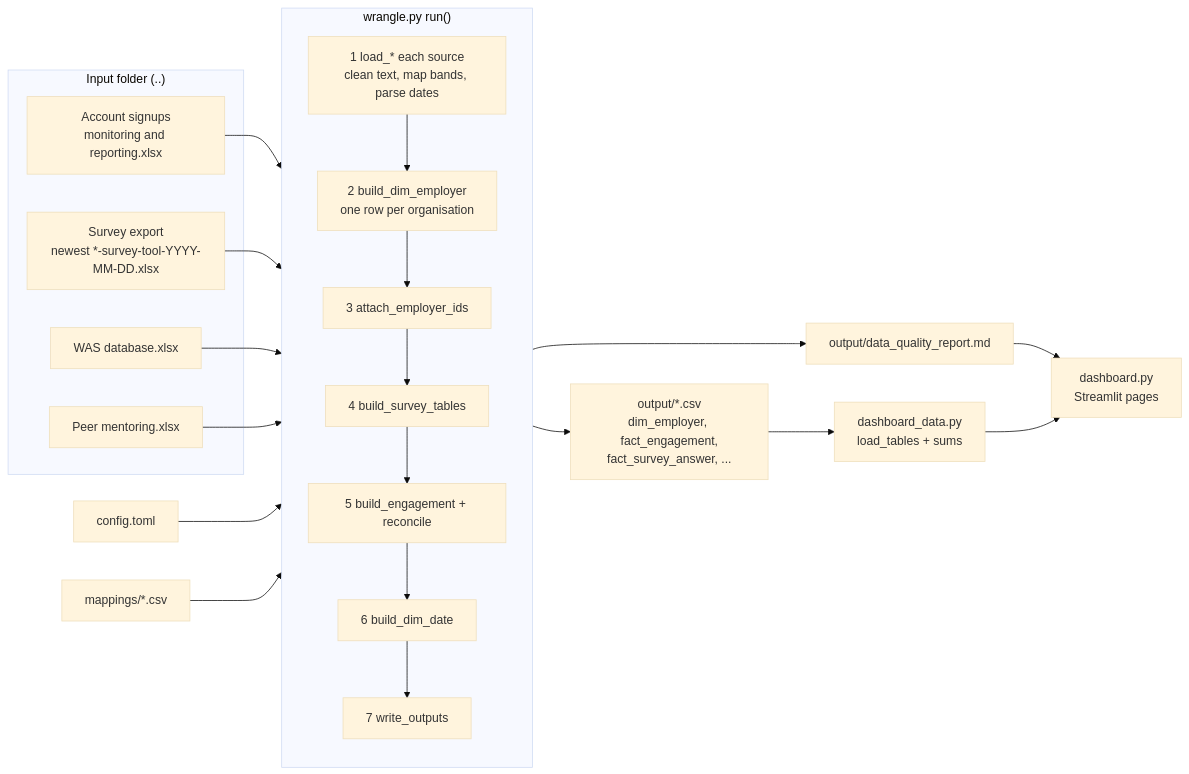
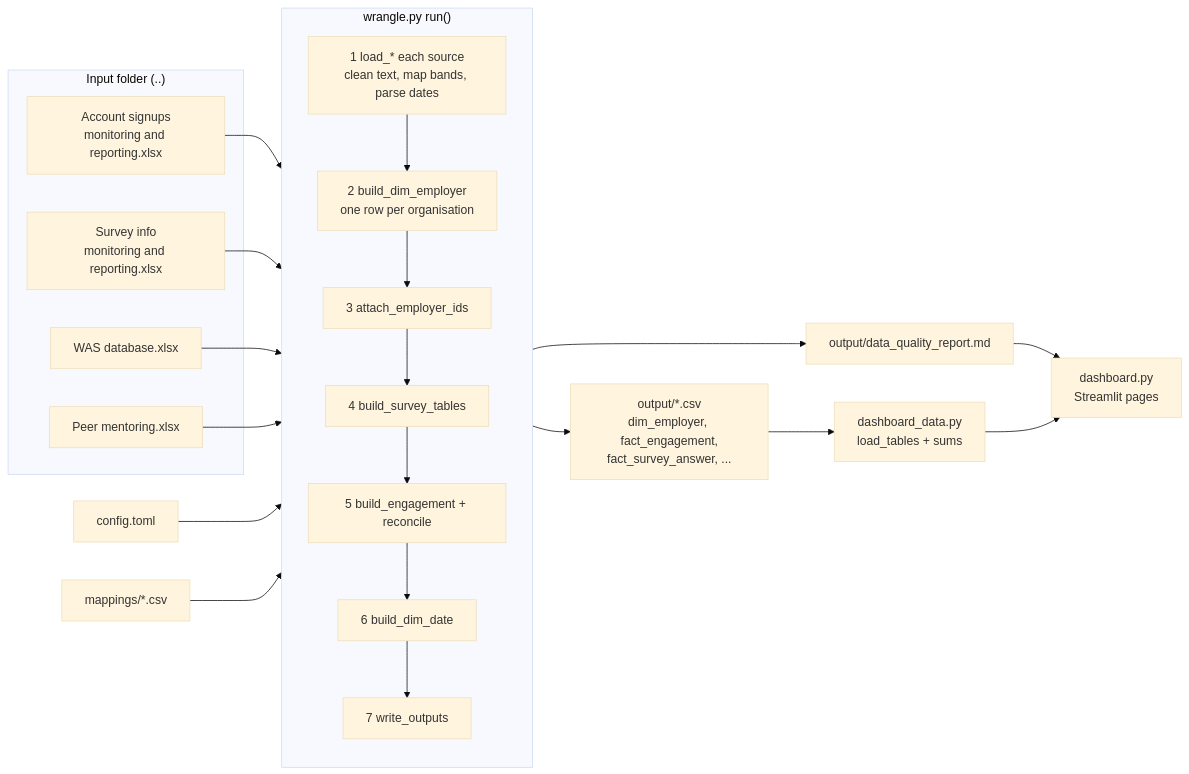
Before and after one commit to leteverypansybloom/hww_dashboard_poc: the first of 2 diagrams in docs/pipeline_guide.md, drawn with Mermaid (base theme). The commit also changed other lines of this file and 37 other files, not shown here.

First line of the commit message:
Read survey responses from the Survey info tab

````diff
--- a/docs/pipeline_guide.md
+++ b/docs/pipeline_guide.md
@@ -139,31 +139,31 @@
 ```mermaid
 flowchart LR
     subgraph IN["Input folder (..)"]
         SU["Account signups<br/>monitoring and reporting.xlsx"]
-        SV["Survey export<br/>newest *-survey-tool-YYYY-MM-DD.xlsx"]
+        SV["Survey info<br/>monitoring and reporting.xlsx"]
         WA["WAS database.xlsx"]
         PE["Peer mentoring.xlsx"]
     end
     CFG["config.toml"] --> RUN
     MAP["mappings/*.csv"] --> RUN
     subgraph RUN["wrangle.py run()"]
         direction TB
         L["1 load_* each source<br/>clean text, map bands, parse dates"]
         E["2 build_dim_employer<br/>one row per organisation"]
         A["3 attach_employer_ids"]
         S["4 build_survey_tables"]
         G["5 build_engagement + reconcile"]
         D["6 build_dim_date"]
         O["7 write_outputs"]
         L --> E --> A --> S --> G --> D --> O
     end
     SU --> L
     SV --> L
     WA --> L
     PE --> L
     O --> CSV["output/*.csv<br/>dim_employer, fact_engagement,<br/>fact_survey_answer, ..."]
     O --> REP["output/data_quality_report.md"]
     CSV --> DD["dashboard_data.py<br/>load_tables + sums"]
     REP --> DB
     DD --> DB["dashboard.py<br/>Streamlit pages"]
 ```
````
